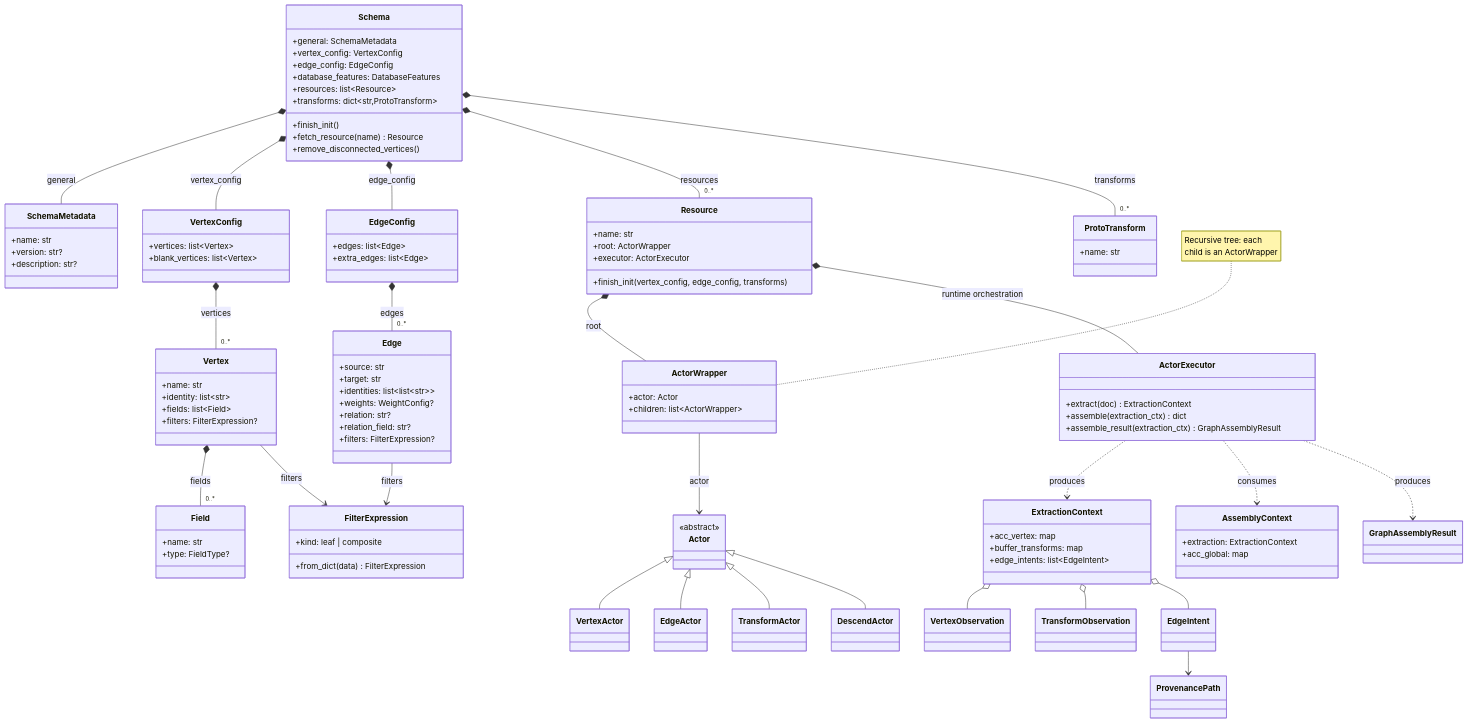
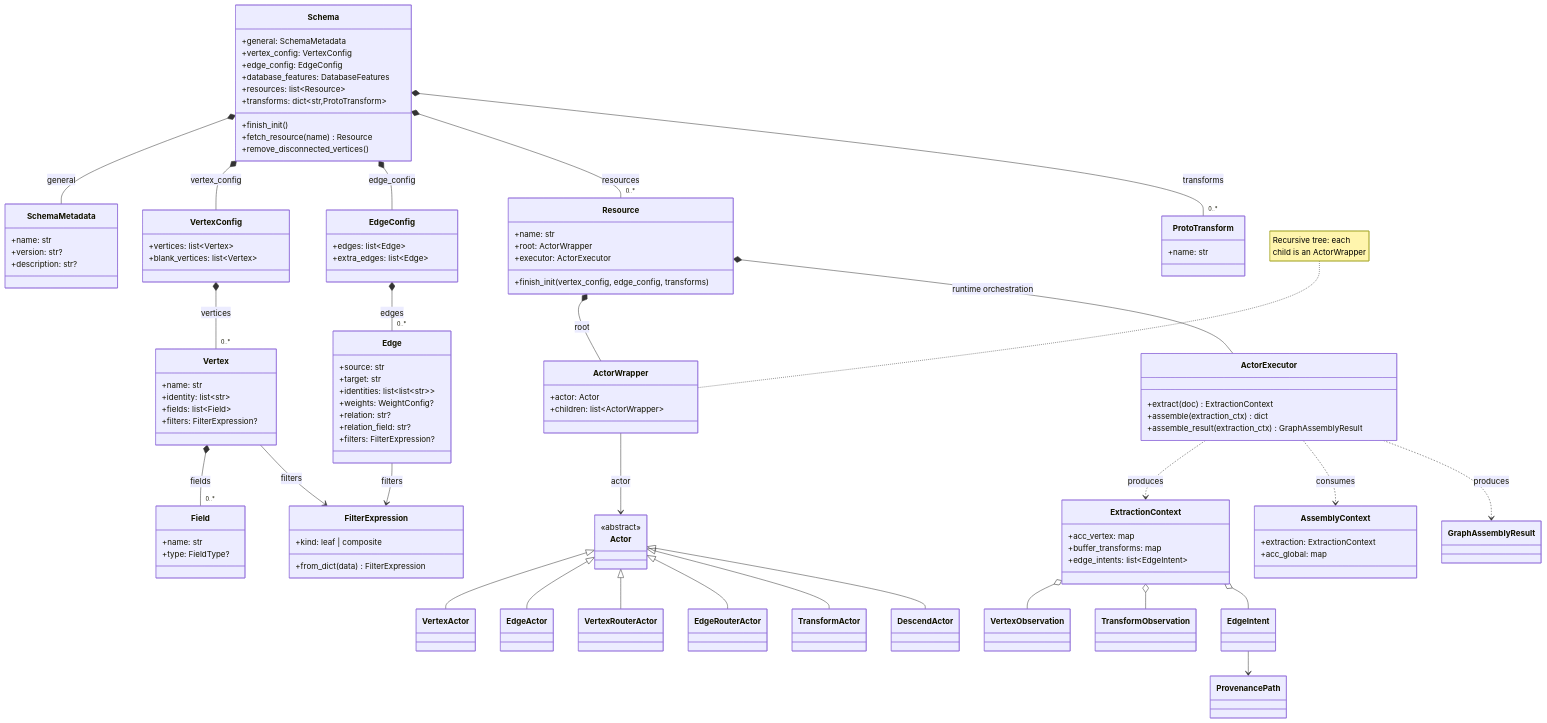
The fourth of 8 diagrams in docs/concepts/index.md (growgraph/graflo), drawn with Mermaid before and after one commit. The commit also changed other lines of this file and 74 other files, not shown here.

````diff
--- a/docs/concepts/index.md
+++ b/docs/concepts/index.md
@@ -248,6 +248,8 @@
     }
     class VertexActor
     class EdgeActor
+    class VertexRouterActor
+    class EdgeRouterActor
     class TransformActor
     class DescendActor
 
@@ -303,6 +305,8 @@
 
     Actor <|-- VertexActor
     Actor <|-- EdgeActor
+    Actor <|-- VertexRouterActor
+    Actor <|-- EdgeRouterActor
     Actor <|-- TransformActor
     Actor <|-- DescendActor
 ```
````
